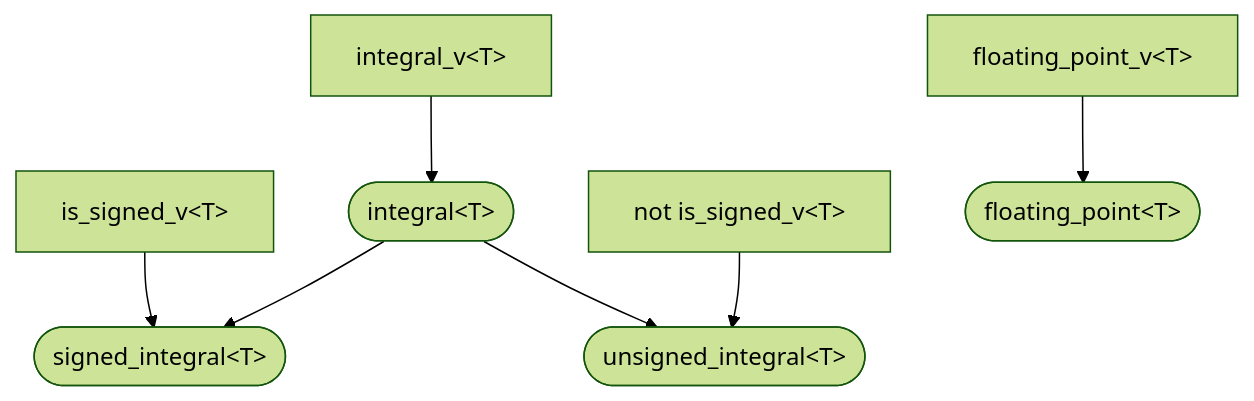
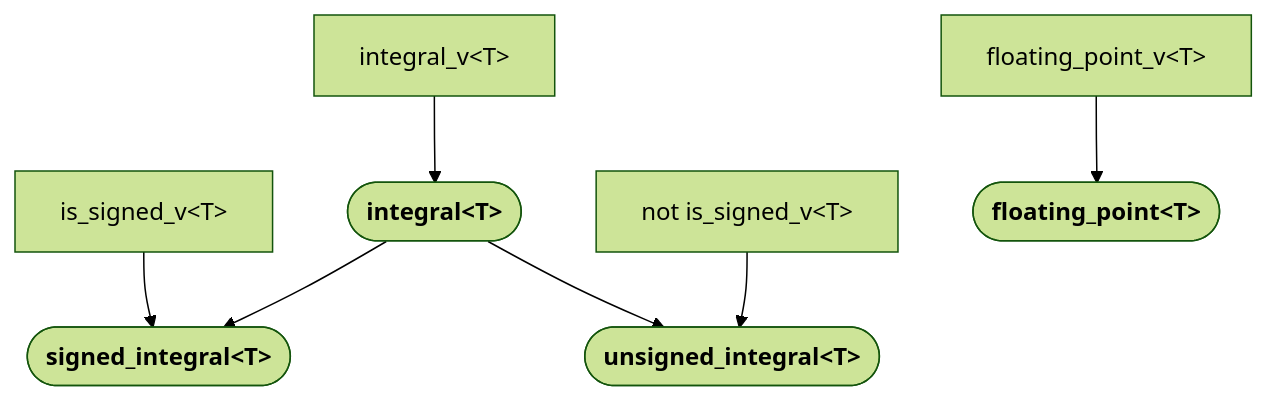
One commit to yohhoy/cpp-concepts changed the fourth of 18 diagrams in README.md. Above: the diagram before and after it, drawn with Mermaid (forest theme). The commit also changed other lines of this file, not shown here.

````diff
--- a/README.md
+++ b/README.md
@@ -41,13 +41,13 @@
 ```mermaid
 graph TD
     %% std::integral<T>
-    integral_v["integral_v&lt;T&gt;"] --> integral(["integral&lt;T&gt;"]);
+    integral_v["integral_v&lt;T&gt;"] --> integral(["<b>integral&lt;T&gt;</b>"]);
     %% std::signed_integral<T>
-    integral --> signed_integral(["signed_integral&lt;T&gt;"]);
+    integral --> signed_integral(["<b>signed_integral&lt;T&gt;</b>"]);
     is_signed_v["is_signed_v&lt;T&gt;"] --> signed_integral;
     %% std::unsigned_integral<T>
-    not_signed_v["not is_signed_v&lt;T&gt;"] --> unsigned_integral(["unsigned_integral&lt;T&gt;"]);
+    not_signed_v["not is_signed_v&lt;T&gt;"] --> unsigned_integral(["<b>unsigned_integral&lt;T&gt;</b>"]);
     integral --> unsigned_integral;
     %% std::floating_point<T>
-    floating_point_v["floating_point_v&lt;T&gt;"] --> floating_point(["floating_point&lt;T&gt;"]);
+    floating_point_v["floating_point_v&lt;T&gt;"] --> floating_point(["<b>floating_point&lt;T&gt;</b>"]);
 ```
````
